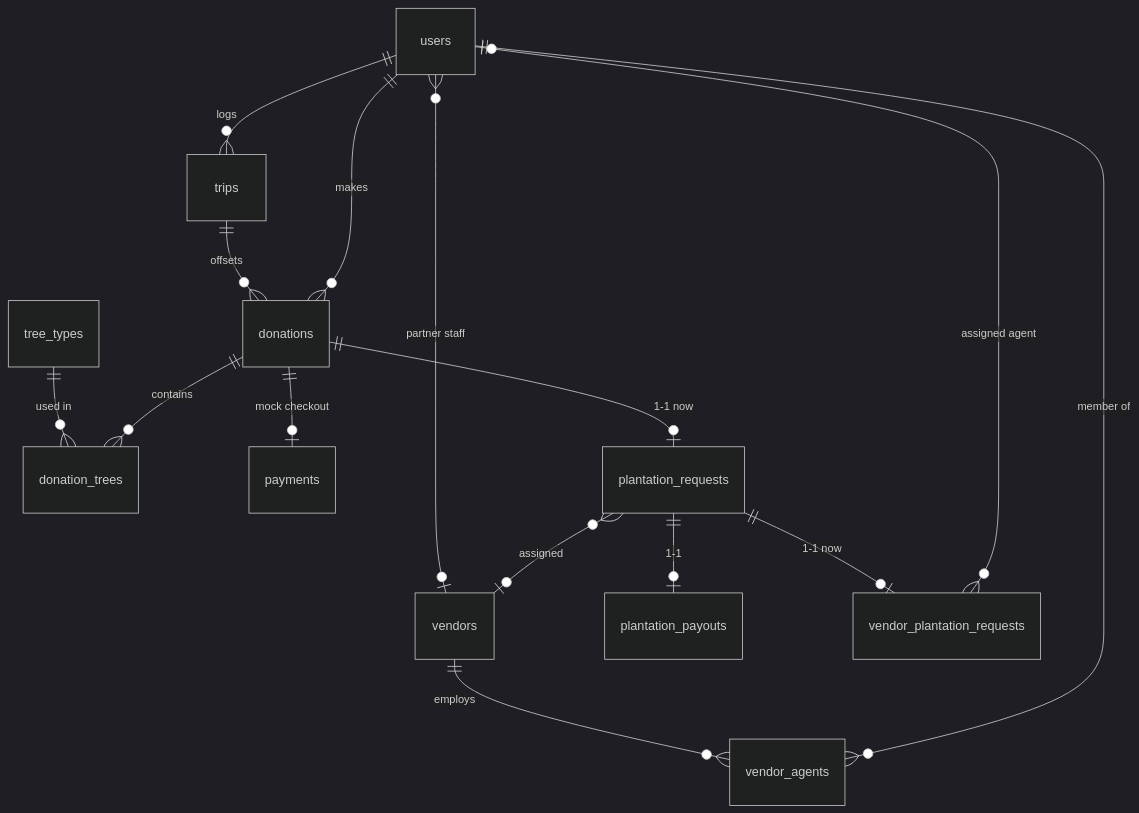
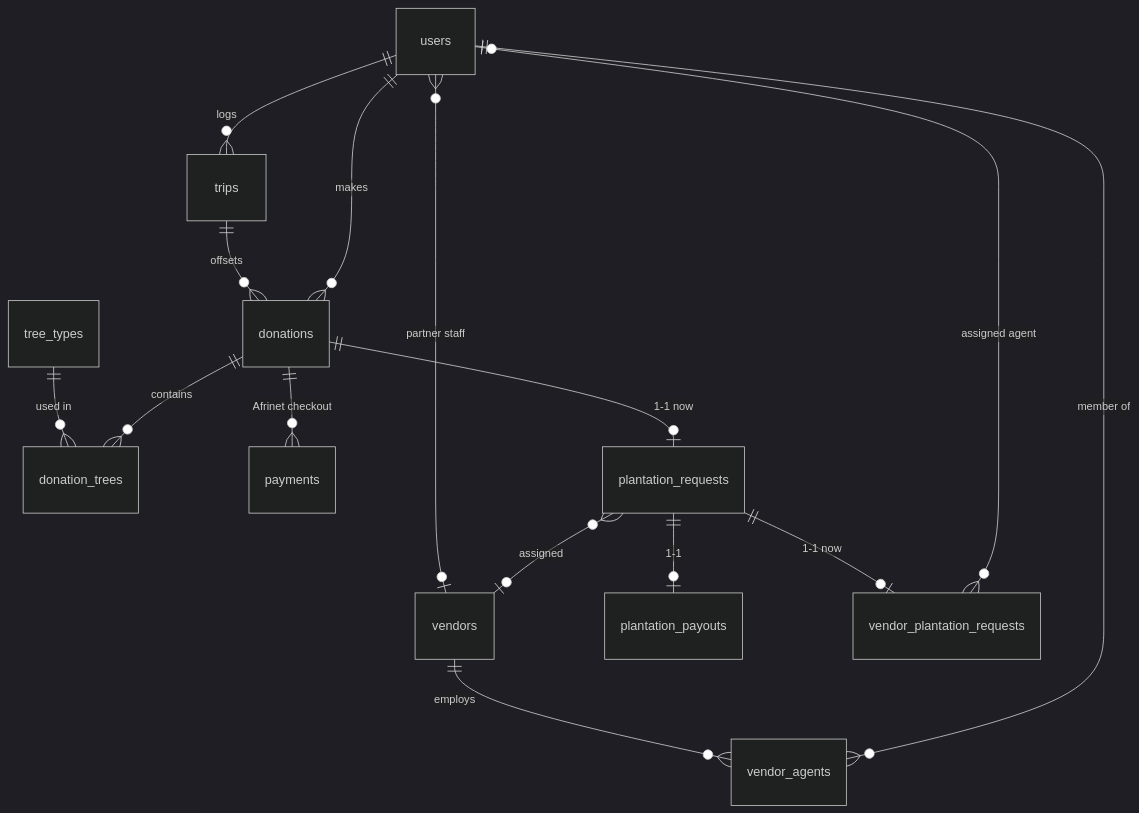
The diagram in DATA_MODEL.md (zerobyfifty-builder/OTOT), drawn with Mermaid (dark theme) before and after one commit. The commit also changed other lines of this file and 13 other files, not shown here.

Commit message:
Wait for Afrinet checkout and webhook confirmation instead of recording a mock payment.

````diff
--- a/DATA_MODEL.md
+++ b/DATA_MODEL.md
@@ -9,17 +9,17 @@
 ```mermaid
 erDiagram
   users ||--o{ trips : logs
   trips ||--o{ donations : offsets
   users ||--o{ donations : makes
   users }o--o| vendors : "partner staff"
   vendors ||--o{ vendor_agents : employs
   users ||--o{ vendor_agents : "member of"
   tree_types ||--o{ donation_trees : "used in"
   donations ||--o{ donation_trees : contains
-  donations ||--o| payments : "mock checkout"
+  donations ||--o{ payments : "Afrinet checkout"
   donations ||--o| plantation_requests : "1-1 now"
   plantation_requests }o--o| vendors : assigned
   plantation_requests ||--o| plantation_payouts : "1-1"
   plantation_requests ||--o| vendor_plantation_requests : "1-1 now"
   vendor_plantation_requests }o--o| users : "assigned agent"
 ```
````
